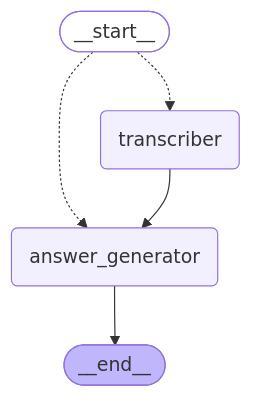
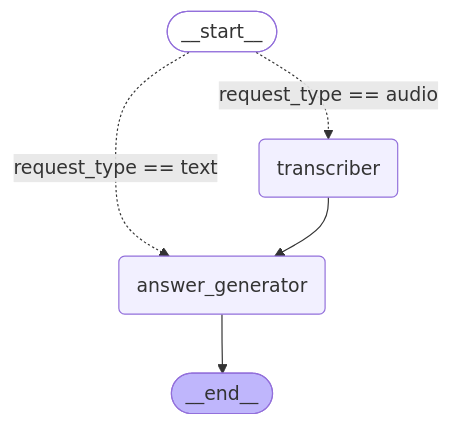
One commit to ryanjuniox/voxgraph-multimodal-agent changed the diagram in docs/guides/graph.md. Above: the diagram before and after it, drawn with Mermaid. The commit also changed other lines of this file and 5 other files, not shown here.

Commit message:
feat(logging): Add comprehensive logging and improve agent graph documentation

````diff
--- a/docs/guides/graph.md
+++ b/docs/guides/graph.md
@@ -3,14 +10,14 @@
 ```mermaid
 graph TD;
 	__start__([<p>__start__</p>]):::first
 	answer_generator(answer_generator)
 	transcriber(transcriber)
 	__end__([<p>__end__</p>]):::last
-	__start__ -.-> answer_generator;
-	__start__ -.-> transcriber;
+	__start__ -. "request_type == audio" .-> transcriber;
+	__start__ -. "request_type == text" .-> answer_generator;
 	transcriber --> answer_generator;
 	answer_generator --> __end__;
 	classDef default fill:#f2f0ff,line-height:1.2
 	classDef first fill-opacity:0
 	classDef last fill:#bfb6fc
 ```
````
